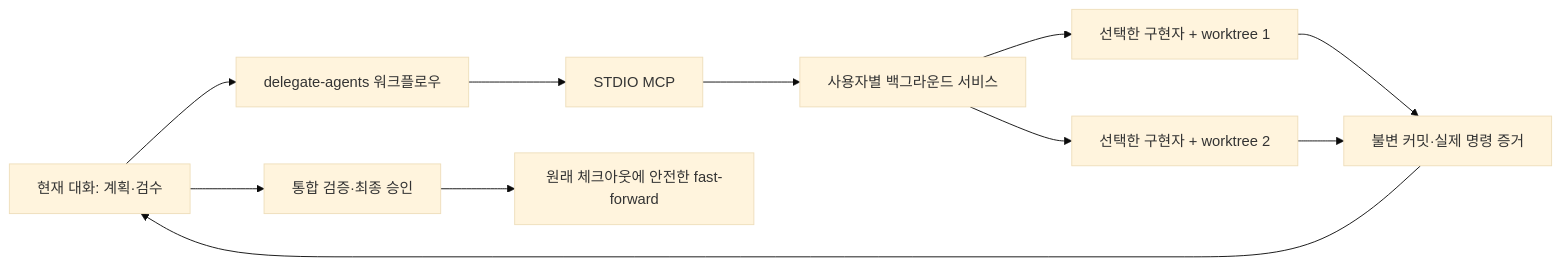
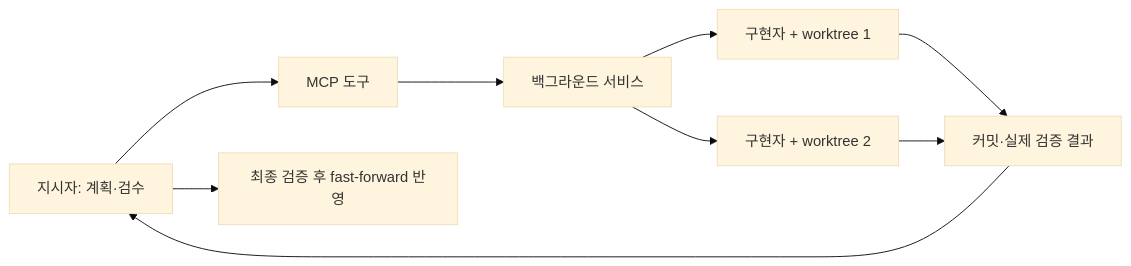
The diagram in agent-delegation/README.md (youwonsock/tool-utility), drawn with Mermaid (base theme) before and after one commit. The commit also changed other lines of this file and 4 other files, not shown here.

````diff
--- a/agent-delegation/README.md
+++ b/agent-delegation/README.md
@@ -5,13 +5,11 @@
 ```mermaid
 flowchart LR
-    C[현재 대화: 계획·검수] --> S[delegate-agents 워크플로우]
-    S --> M[STDIO MCP]
-    M --> D[사용자별 백그라운드 서비스]
-    D --> W1[선택한 구현자 + worktree 1]
-    D --> W2[선택한 구현자 + worktree 2]
-    W1 --> E[불변 커밋·실제 명령 증거]
+    C[지시자: 계획·검수] --> M[MCP 도구]
+    M --> D[백그라운드 서비스]
+    D --> W1[구현자 + worktree 1]
+    D --> W2[구현자 + worktree 2]
+    W1 --> E[커밋·실제 검증 결과]
     W2 --> E
     E --> C
-    C --> V[통합 검증·최종 승인]
-    V --> F[원래 체크아웃에 안전한 fast-forward]
+    C --> F[최종 검증 후 fast-forward 반영]
 ```
````
